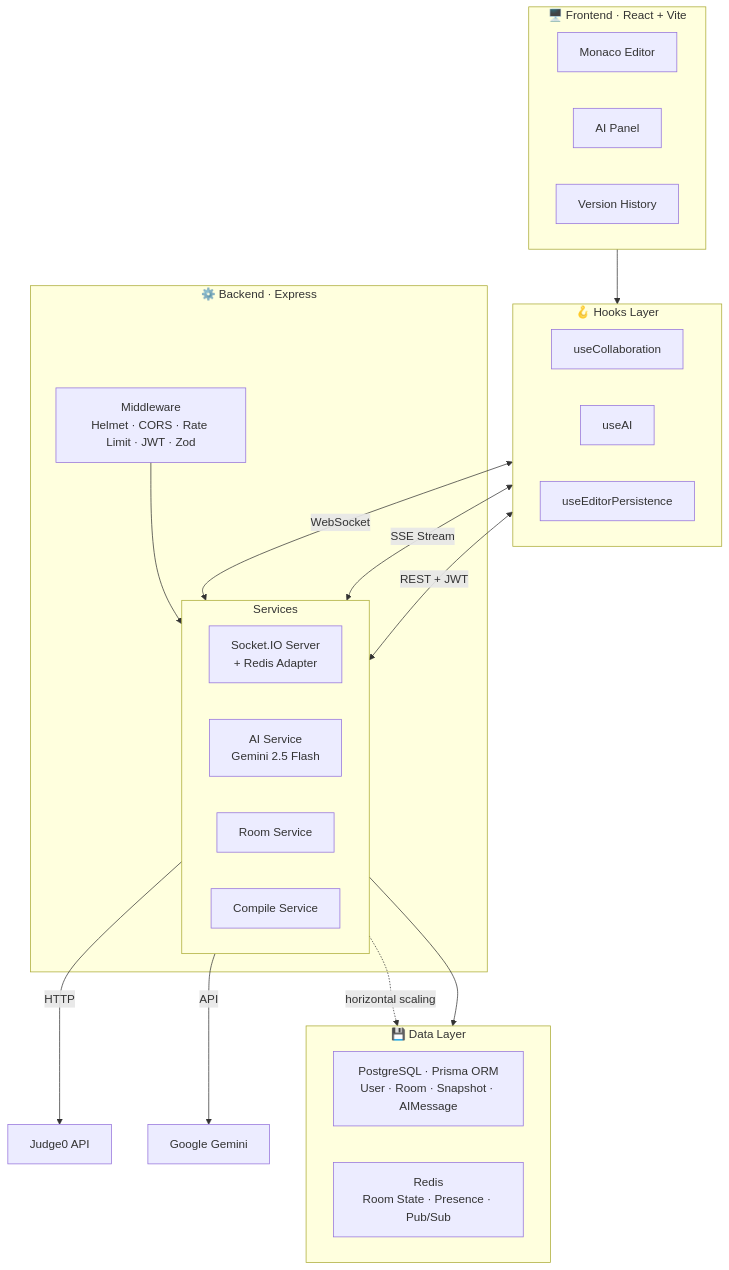
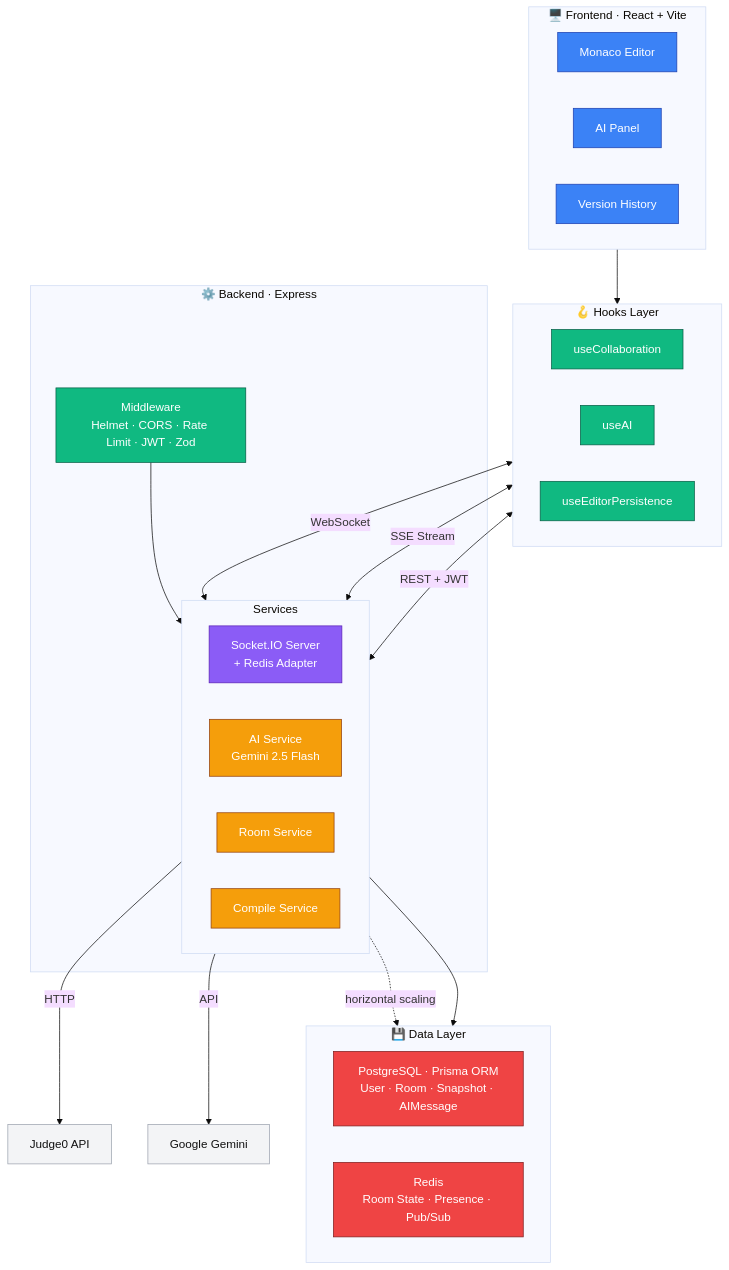
The diagram in README.md (rah7202/smart-code-lab), drawn with Mermaid before and after one commit.

Commit message:
fix: Readme file updated

````diff
--- a/README.md
+++ b/README.md
@@ -50,49 +50,79 @@
 ```mermaid
+%%{init: {'theme': 'base'}}%%
 flowchart TB
+
     subgraph Client["🖥️ Frontend · React + Vite"]
         direction LR
         Monaco["Monaco Editor"]
         AIP["AI Panel"]
         VH["Version History"]
     end
 
     subgraph HooksLayer["🪝 Hooks Layer"]
         direction LR
         HC["useCollaboration"]
         HA["useAI"]
         HP["useEditorPersistence"]
     end
 
     Client --> HooksLayer
 
     HC <-->|"WebSocket"| SocketIO
     HA <-->|"SSE Stream"| AIRoute
     HP <-->|"REST + JWT"| RoomRoute
 
     subgraph Server["⚙️ Backend · Express"]
 
         MW["Middleware\nHelmet · CORS · Rate Limit · JWT · Zod"]
 
         subgraph Core["Services"]
             direction LR
             SocketIO["Socket.IO Server\n+ Redis Adapter"]
             AIRoute["AI Service\nGemini 2.5 Flash"]
             RoomRoute["Room Service"]
             CompileSvc["Compile Service"]
         end
 
         MW --> Core
     end
 
     CompileSvc -->|"HTTP"| Judge0["Judge0 API"]
     AIRoute -->|"API"| Gemini["Google Gemini"]
 
     subgraph DataStores["💾 Data Layer"]
         direction LR
         PG["PostgreSQL · Prisma ORM\nUser · Room · Snapshot · AIMessage"]
         RD["Redis\nRoom State · Presence · Pub/Sub"]
     end
 
     Core --> DataStores
     SocketIO -.->|"horizontal scaling"| RD
+
+    %% 🎨 COLOR DEFINITIONS
+    classDef client fill:#3b82f6,stroke:#1e40af,color:#fff
+    classDef core fill:#10b981,stroke:#065f46,color:#fff
+    classDef service fill:#f59e0b,stroke:#92400e,color:#fff
+    classDef realtime fill:#8b5cf6,stroke:#5b21b6,color:#fff
+    classDef data fill:#ef4444,stroke:#7f1d1d,color:#fff
+    classDef external fill:#f3f4f6,stroke:#9ca3af,color:#111
+
+    %% 🎯 APPLY COLORS
+
+    %% Frontend
+    class Monaco,AIP,VH client
+
+    %% Hooks + Middleware
+    class HC,HA,HP,MW core
+
+    %% Services
+    class AIRoute,RoomRoute,CompileSvc service
+
+    %% Realtime
+    class SocketIO realtime
+
+    %% Data
+    class PG,RD data
+
+    %% External APIs
+    class Judge0,Gemini external
 ```
````
